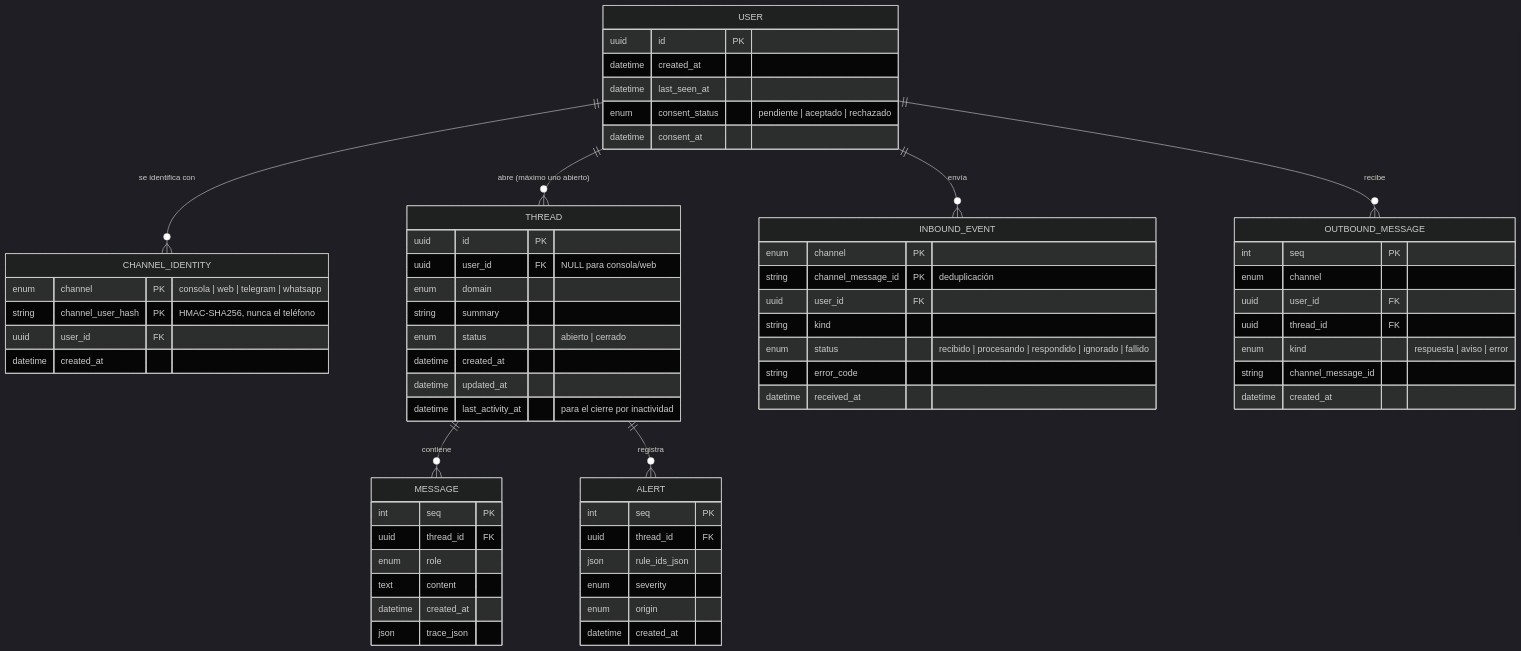
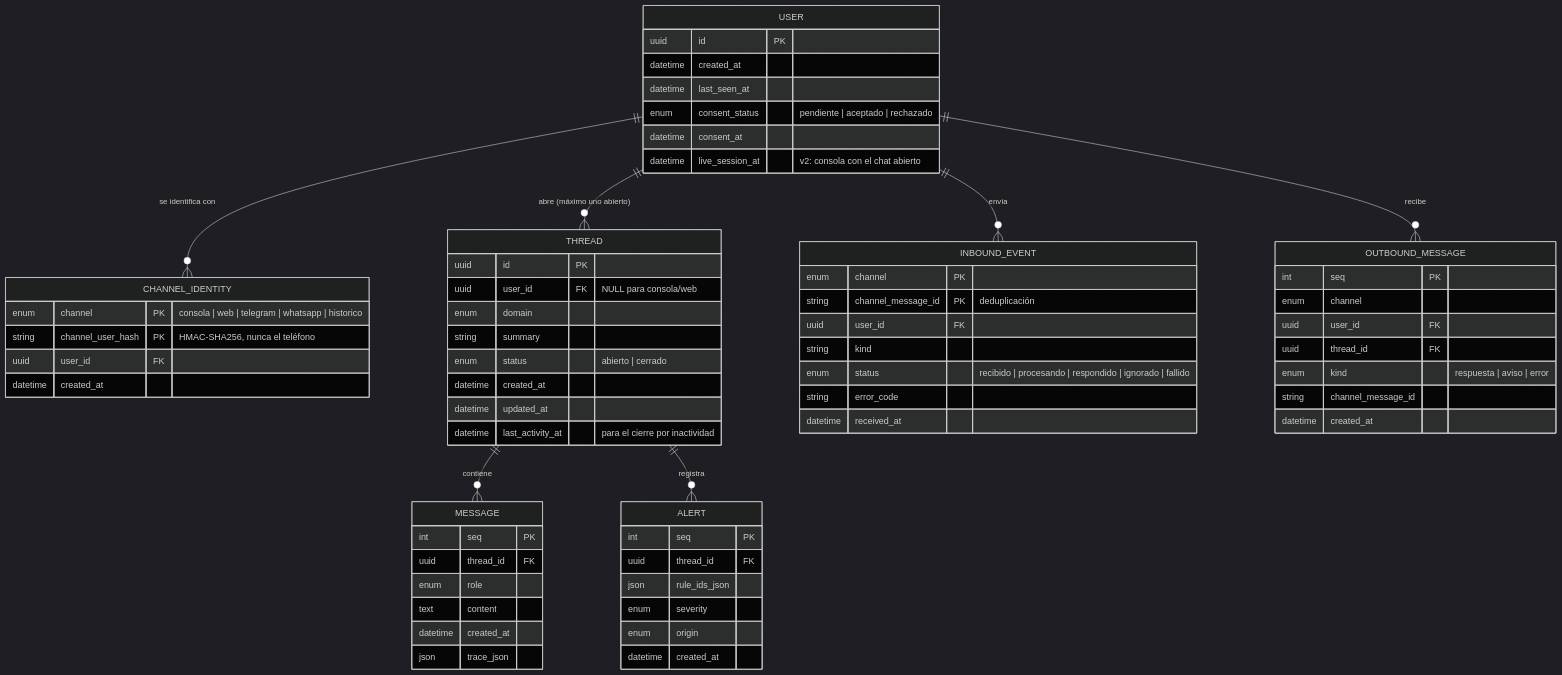
The second of 2 diagrams in docs/04-datos/modelo-datos.md (NicolasCastilloGaleano/chatbot-cardio-materno), drawn with Mermaid (dark theme) before and after one commit. The commit also changed other lines of this file and 38 other files, not shown here.

````diff
--- a/docs/04-datos/modelo-datos.md
+++ b/docs/04-datos/modelo-datos.md
@@ -41,66 +41,67 @@
 ```mermaid
 erDiagram
     USER ||--o{ CHANNEL_IDENTITY : "se identifica con"
     USER ||--o{ THREAD : "abre (máximo uno abierto)"
     THREAD ||--o{ MESSAGE : contiene
     THREAD ||--o{ ALERT : registra
     USER ||--o{ INBOUND_EVENT : envía
     USER ||--o{ OUTBOUND_MESSAGE : recibe
     USER {
         uuid id PK
         datetime created_at
         datetime last_seen_at
         enum consent_status "pendiente | aceptado | rechazado"
         datetime consent_at
+        datetime live_session_at "v2: consola con el chat abierto"
     }
     CHANNEL_IDENTITY {
-        enum channel PK "consola | web | telegram | whatsapp"
+        enum channel PK "consola | web | telegram | whatsapp | historico"
         string channel_user_hash PK "HMAC-SHA256, nunca el teléfono"
         uuid user_id FK
         datetime created_at
     }
     THREAD {
         uuid id PK
         uuid user_id FK "NULL para consola/web"
         enum domain
         string summary
         enum status "abierto | cerrado"
         datetime created_at
         datetime updated_at
         datetime last_activity_at "para el cierre por inactividad"
     }
     MESSAGE {
         int seq PK
         uuid thread_id FK
         enum role
         text content
         datetime created_at
         json trace_json
     }
     ALERT {
         int seq PK
         uuid thread_id FK
         json rule_ids_json
         enum severity
         enum origin
         datetime created_at
     }
     INBOUND_EVENT {
         enum channel PK
         string channel_message_id PK "deduplicación"
         uuid user_id FK
         string kind
         enum status "recibido | procesando | respondido | ignorado | fallido"
         string error_code
         datetime received_at
     }
     OUTBOUND_MESSAGE {
         int seq PK
         enum channel
         uuid user_id FK
         uuid thread_id FK
         enum kind "respuesta | aviso | error"
         string channel_message_id
         datetime created_at
     }
 ```
````
